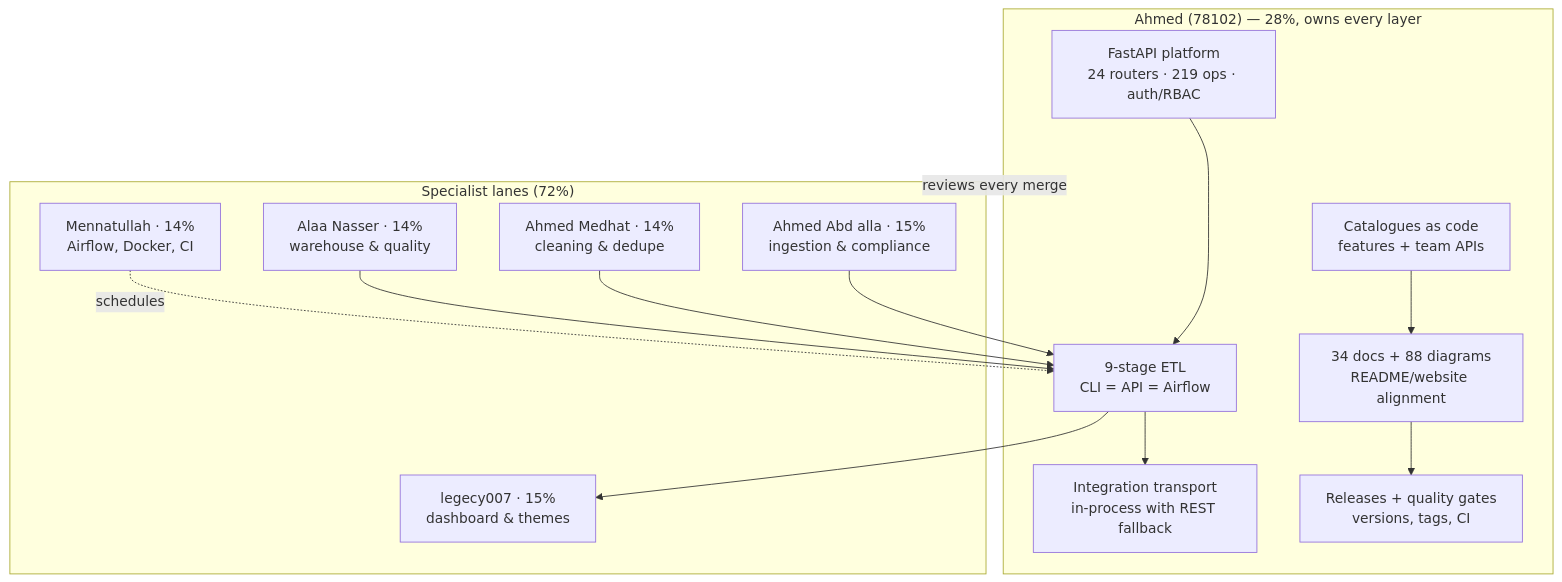
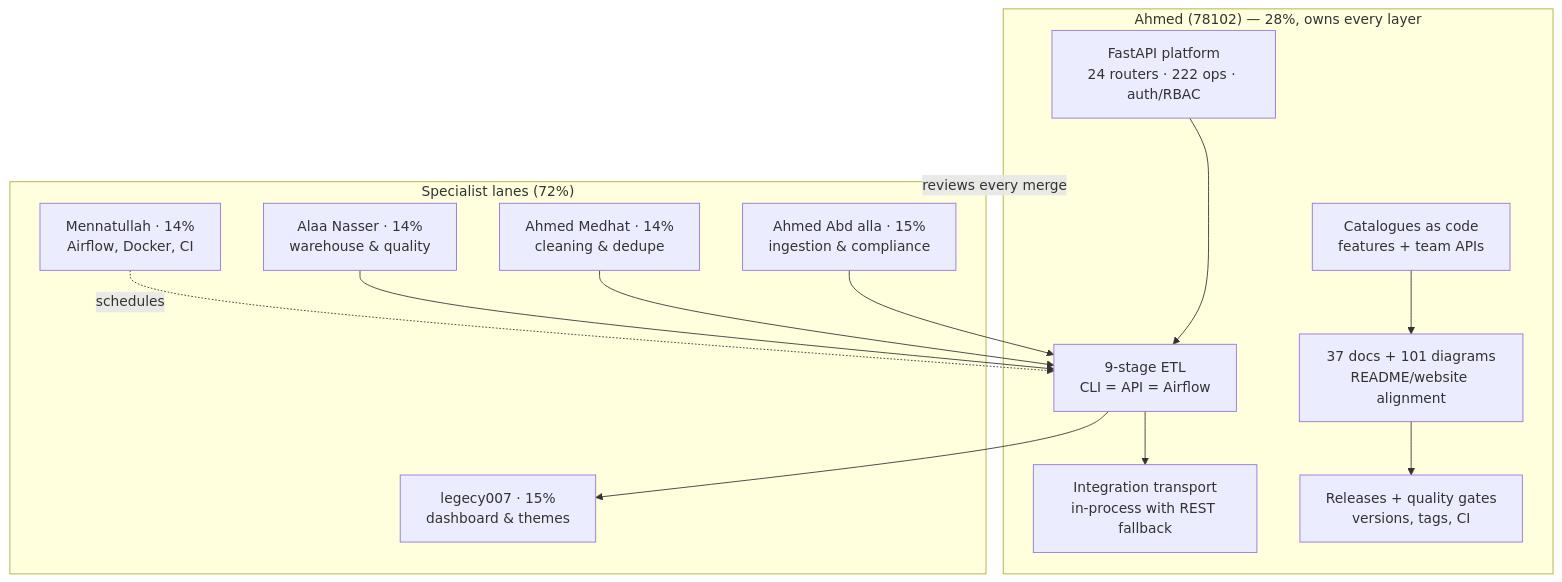
One commit to Ahmedbakr78/Web-to-Warehouse-Product-Intelligence-Pipeline changed the first of 2 diagrams in docs/00_team.md. Above: the diagram before and after it, drawn with Mermaid. The commit also changed other lines of this file and 176 other files, not shown here.

First line of the commit message:
Expand the documentation and correct every stale figure in it

````diff
--- a/docs/00_team.md
+++ b/docs/00_team.md
@@ -21,24 +37,24 @@
 ```mermaid
 flowchart TB
     subgraph Lead["Ahmed (78102) — 28%, owns every layer"]
-        API["FastAPI platform<br/>24 routers · 219 ops · auth/RBAC"]
+        API["FastAPI platform<br/>24 routers · 222 ops · auth/RBAC"]
         ETL["9-stage ETL<br/>CLI = API = Airflow"]
         INT["Integration transport<br/>in-process with REST fallback"]
         CAT["Catalogues as code<br/>features + team APIs"]
-        DOCS["34 docs + 88 diagrams<br/>README/website alignment"]
+        DOCS["37 docs + 101 diagrams<br/>README/website alignment"]
         REL["Releases + quality gates<br/>versions, tags, CI"]
         API --> ETL --> INT
         CAT --> DOCS --> REL
     end
     subgraph Crew["Specialist lanes (72%)"]
         ING["Ahmed Abd alla · 15%<br/>ingestion & compliance"]
         CLN["Ahmed Medhat · 14%<br/>cleaning & dedupe"]
         DB["Alaa Nasser · 14%<br/>warehouse & quality"]
         FE["legecy007 · 15%<br/>dashboard & themes"]
         OPS["Mennatullah · 14%<br/>Airflow, Docker, CI"]
     end
     ING & CLN & DB --> ETL
     ETL --> FE
     OPS -.schedules.-> ETL
     Lead -.reviews every merge.-> Crew
 ```
````
